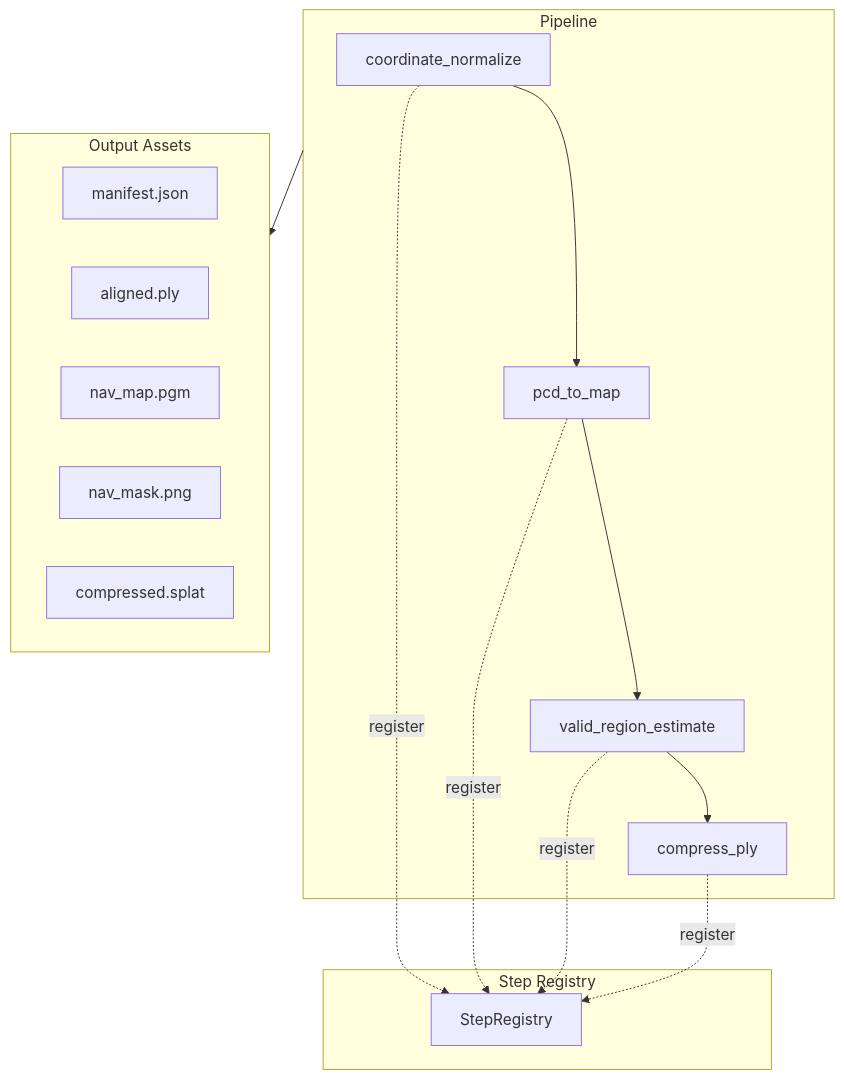
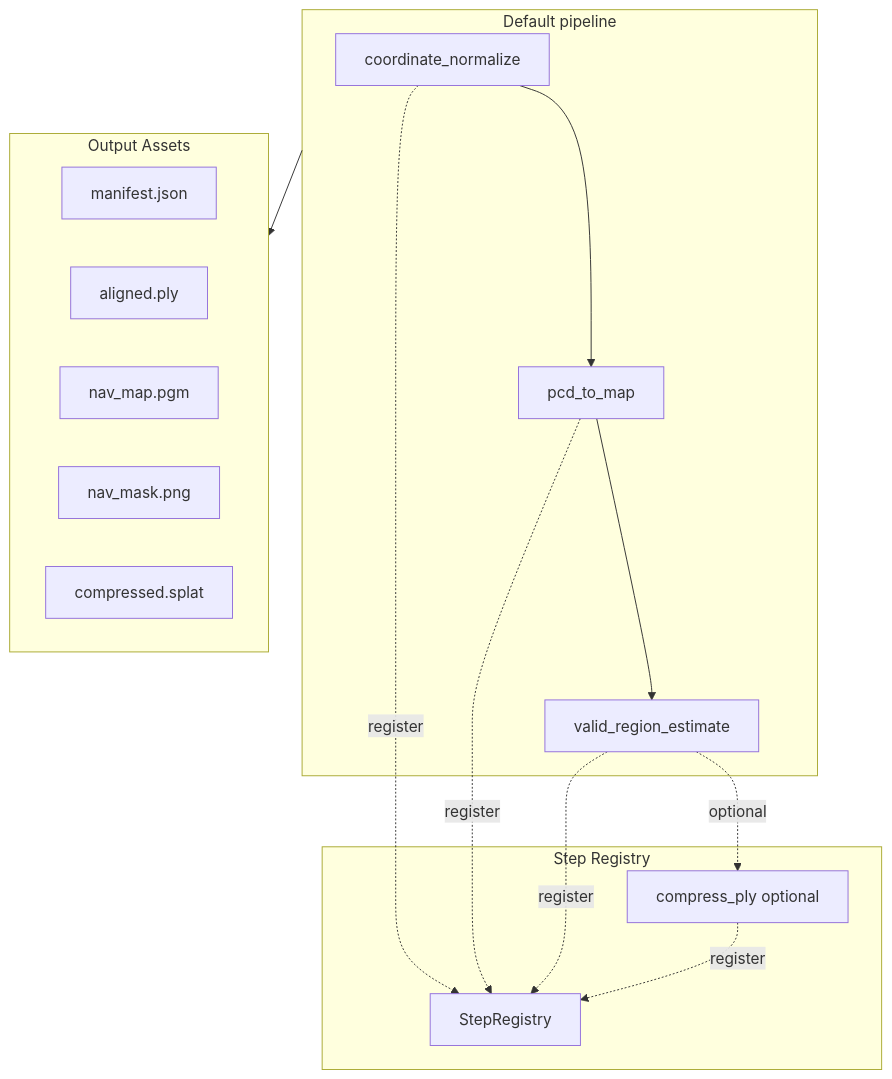
Before and after one commit to EI-Nav/NavArena-Doc: the diagram in docs/asset-preprocessing/index.md, drawn with Mermaid. The commit also changed other lines of this file and 28 other files, not shown here.

````diff
--- a/docs/asset-preprocessing/index.md
+++ b/docs/asset-preprocessing/index.md
@@ -15,29 +17,29 @@
 ```mermaid
 flowchart TB
-    subgraph Pipeline[Pipeline]
+    subgraph DefaultPipeline[Default pipeline]
         S1[coordinate_normalize]
         S2[pcd_to_map]
         S3[valid_region_estimate]
-        S4[compress_ply]
-        
-        S1 --> S2 --> S3 --> S4
+        S1 --> S2 --> S3
     end
+    S4[compress_ply optional]
+    S3 -.->|optional| S4
     
     subgraph Steps[Step Registry]
         Registry[StepRegistry]
         S1 -.register.-> Registry
         S2 -.register.-> Registry
         S3 -.register.-> Registry
         S4 -.register.-> Registry
     end
     
     subgraph Output[Output Assets]
         Manifest[manifest.json]
         Aligned[aligned.ply]
         NavMap[nav_map.pgm]
         NavMask[nav_mask.png]
         Splat[compressed.splat]
     end
     
-    Pipeline --> Output
+    DefaultPipeline --> Output
 ```
````
